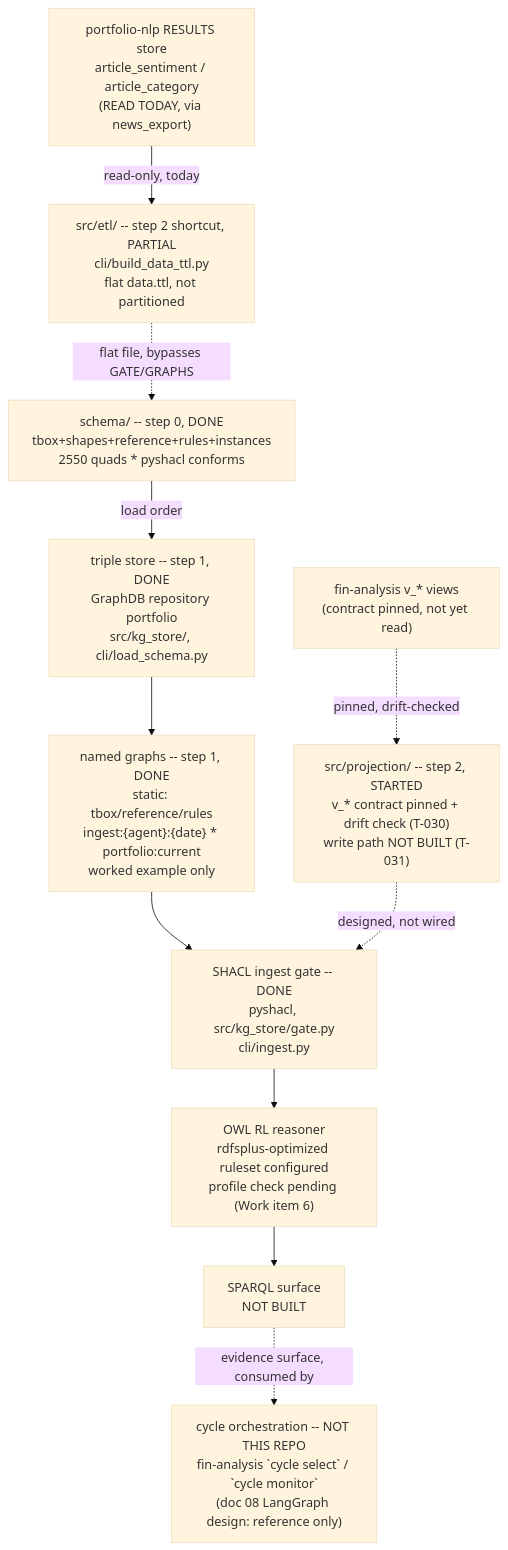
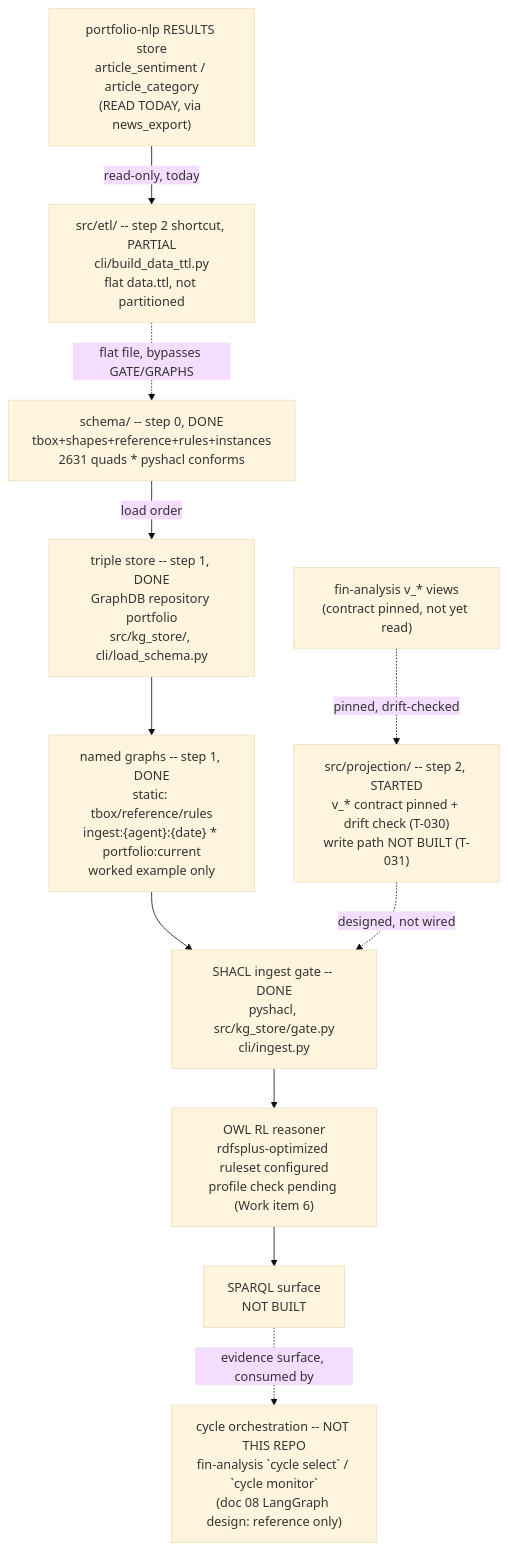
The diagram in .specify/memory/SPEC.md (gamug/portfolio-knowledge-graph), drawn with Mermaid (base theme) before and after one commit. The commit also changed other lines of this file and 9 other files, not shown here.

````diff
--- a/.specify/memory/SPEC.md
+++ b/.specify/memory/SPEC.md
@@ -718,22 +718,22 @@
 ```mermaid
 flowchart TB
-    SCHEMA["schema/ -- step 0, DONE<br/>tbox+shapes+reference+rules+instances<br/>2550 quads * pyshacl conforms"]
+    SCHEMA["schema/ -- step 0, DONE<br/>tbox+shapes+reference+rules+instances<br/>2631 quads * pyshacl conforms"]
     STORE["triple store -- step 1, DONE<br/>GraphDB repository portfolio<br/>src/kg_store/, cli/load_schema.py"]
     GRAPHS["named graphs -- step 1, DONE<br/>static: tbox/reference/rules<br/>ingest:{agent}:{date} * portfolio:current<br/>worked example only"]
     GATE["SHACL ingest gate -- DONE<br/>pyshacl, src/kg_store/gate.py<br/>cli/ingest.py"]
     PROJ["src/projection/ -- step 2, STARTED<br/>v_* contract pinned + drift check (T-030)<br/>write path NOT BUILT (T-031)"]
     FIN["fin-analysis v_* views<br/>(contract pinned, not yet read)"]
     NLPRES["portfolio-nlp RESULTS store<br/>article_sentiment / article_category<br/>(READ TODAY, via news_export)"]
     ETL["src/etl/ -- step 2 shortcut, PARTIAL<br/>cli/build_data_ttl.py<br/>flat data.ttl, not partitioned"]
     REASON["OWL RL reasoner<br/>rdfsplus-optimized ruleset configured<br/>profile check pending (Work item 6)"]
     SPARQL["SPARQL surface<br/>NOT BUILT"]
     AGENTS["cycle orchestration -- NOT THIS REPO<br/>fin-analysis `cycle select` / `cycle monitor`<br/>(doc 08 LangGraph design: reference only)"]
 
     SCHEMA -->|load order| STORE --> GRAPHS --> GATE
     FIN -.->|pinned, drift-checked| PROJ
     PROJ -.->|designed, not wired| GATE
     NLPRES -->|read-only, today| ETL
     ETL -.->|flat file, bypasses GATE/GRAPHS| SCHEMA
     GATE --> REASON --> SPARQL
     SPARQL -.->|evidence surface, consumed by| AGENTS
 ```
````
